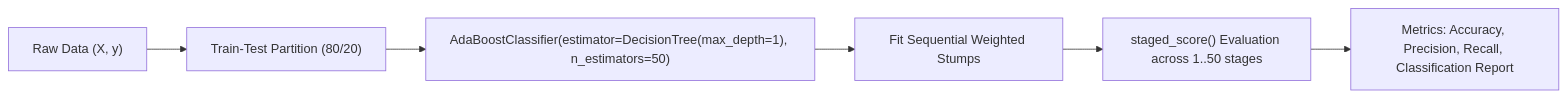
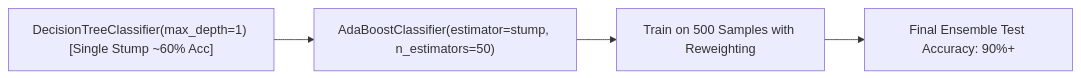
The diagram in lecture_30/Notes_30.06/README.md (S1h2i3v4a/AI_ML), drawn with Mermaid before and after one commit. The commit also changed other lines of this file and 57 other files, not shown here.

````diff
--- a/lecture_30/Notes_30.06/README.md
+++ b/lecture_30/Notes_30.06/README.md
@@ -18,8 +43,6 @@
 ```mermaid
 flowchart LR
-    A["Raw Data (X, y)"] --> B["Train-Test Partition (80/20)"]
-    B --> C["AdaBoostClassifier(estimator=DecisionTree(max_depth=1), n_estimators=50)"]
-    C --> D["Fit Sequential Weighted Stumps"]
-    D --> E["staged_score() Evaluation across 1..50 stages"]
-    E --> F["Metrics: Accuracy, Precision, Recall, Classification Report"]
+    A["DecisionTreeClassifier(max_depth=1) [Single Stump ~60% Acc]"] --> B["AdaBoostClassifier(estimator=stump, n_estimators=50)"]
+    B --> C["Train on 500 Samples with Reweighting"]
+    C --> D["Final Ensemble Test Accuracy: 90%+"]
 ```
````
